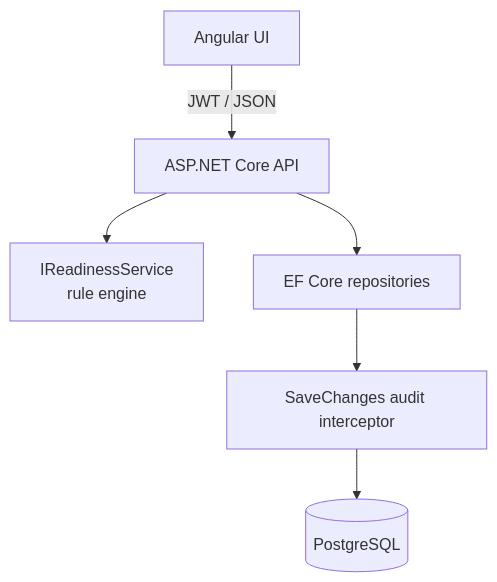
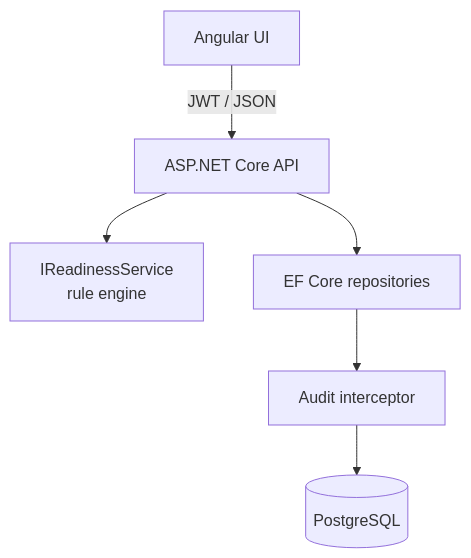
The diagram in README.md (mahbejam/TimeReady), drawn with Mermaid before and after one commit. The commit also changed other lines of this file, not shown here.

````diff
--- a/README.md
+++ b/README.md
@@ -103,14 +94,14 @@
 ```mermaid
 flowchart TB
   UI["Angular UI"]
   API["ASP.NET Core API"]
   Rules["IReadinessService<br/>rule engine"]
-  Data["EF Core repositories"]
+  Repos["EF Core repositories"]
   DB[(PostgreSQL)]
-  Audit["SaveChanges audit interceptor"]
+  Audit["Audit interceptor"]
 
   UI -->|"JWT / JSON"| API
   API --> Rules
-  API --> Data
-  Data --> Audit --> DB
+  API --> Repos
+  Repos --> Audit --> DB
 ```
````
